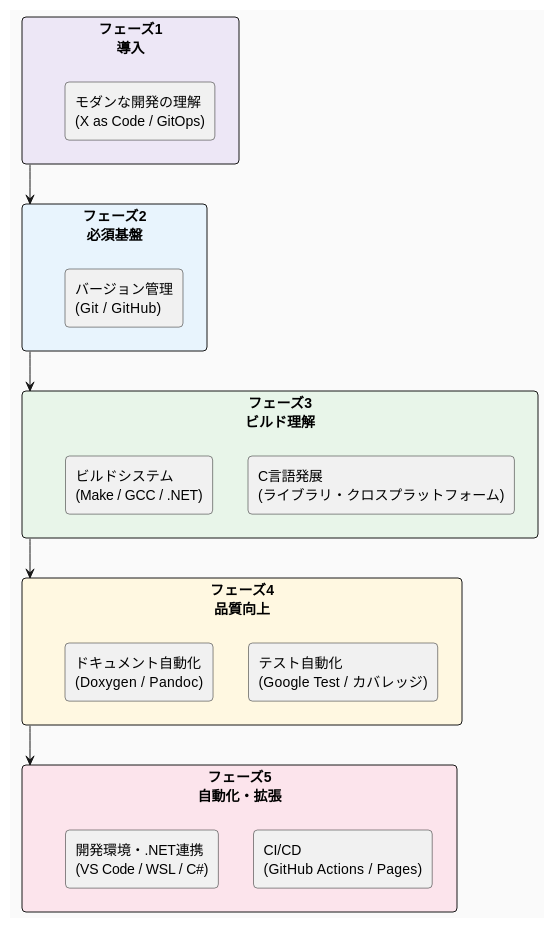
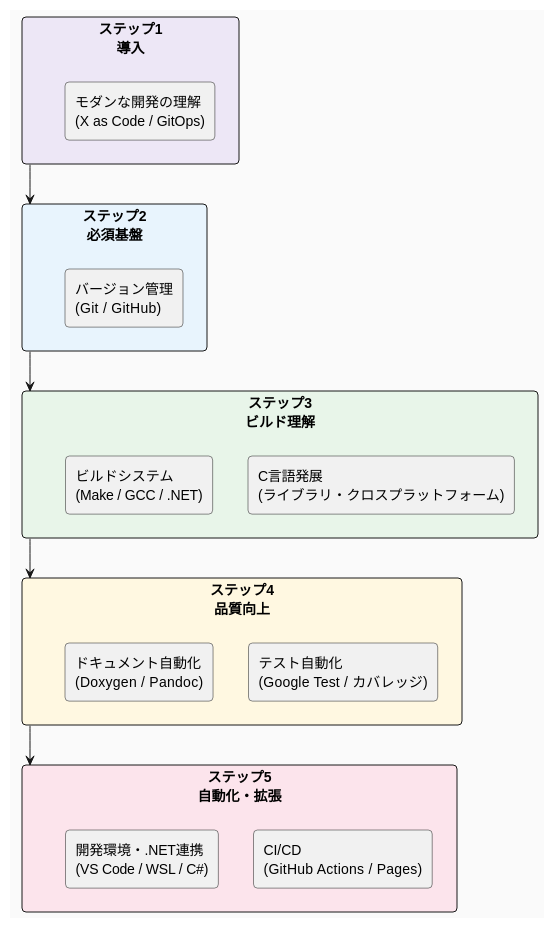
Before and after one commit to Hondarer/c-modernization-kit: the diagram in docs-src/skill-guide/README.md, drawn with PlantUML. The commit also changed other lines of this file and 9 other files, not shown here.

Commit message:
フェーズ → ステップ

````diff
--- a/docs-src/skill-guide/README.md
+++ b/docs-src/skill-guide/README.md
@@ -19,35 +19,35 @@
 ```plantuml
 @startuml
 skinparam backgroundColor #FAFAFA
 skinparam roundcorner 8
 
-rectangle "フェーズ1\n導入" as P1 #EDE7F6 {
+rectangle "ステップ1\n導入" as P1 #EDE7F6 {
   rectangle "モダンな開発の理解\n(X as Code / GitOps)" as P1A
 }
 
-rectangle "フェーズ2\n必須基盤" as P2 #E8F4FD {
+rectangle "ステップ2\n必須基盤" as P2 #E8F4FD {
   rectangle "バージョン管理\n(Git / GitHub)" as P2A
 }
 
-rectangle "フェーズ3\nビルド理解" as P3 #E8F5E9 {
+rectangle "ステップ3\nビルド理解" as P3 #E8F5E9 {
   rectangle "C言語発展\n(ライブラリ・クロスプラットフォーム)" as P3A
   rectangle "ビルドシステム\n(Make / GCC / .NET)" as P3B
 }
 
-rectangle "フェーズ4\n品質向上" as P4 #FFF8E1 {
+rectangle "ステップ4\n品質向上" as P4 #FFF8E1 {
   rectangle "テスト自動化\n(Google Test / カバレッジ)" as P4A
   rectangle "ドキュメント自動化\n(Doxygen / Pandoc)" as P4B
 }
 
-rectangle "フェーズ5\n自動化・拡張" as P5 #FCE4EC {
+rectangle "ステップ5\n自動化・拡張" as P5 #FCE4EC {
   rectangle "CI/CD\n(GitHub Actions / Pages)" as P5A
   rectangle "開発環境・.NET連携\n(VS Code / WSL / C#)" as P5B
 }
 
 P1 -down-> P2
 P2 -down-> P3
 P3 -down-> P4
 P4 -down-> P5
 
 @enduml
 ```
````
